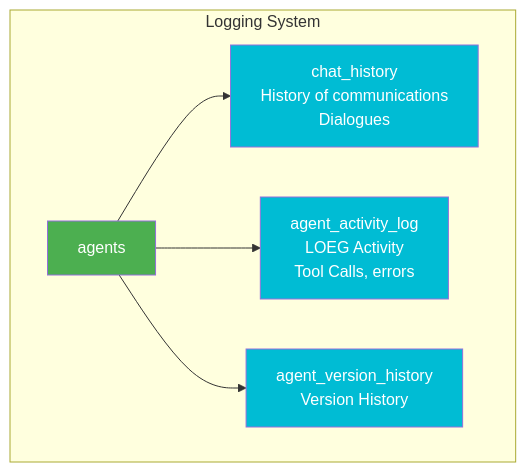
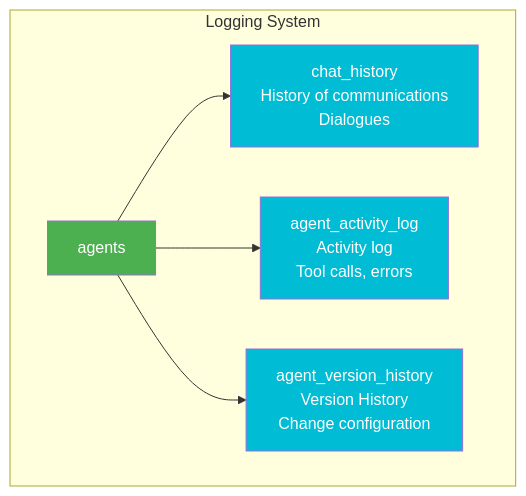
The fourth of 11 diagrams in components/office_services/central_database/DATABASE_DIAGRAM.md (Maxi-online/hr-intelligence-platform), drawn with Mermaid before and after one commit. The commit also changed other lines of this file and 11 other files, not shown here.

````diff
--- a/components/office_services/central_database/DATABASE_DIAGRAM.md
+++ b/components/office_services/central_database/DATABASE_DIAGRAM.md
@@ -388,18 +388,18 @@
 ```mermaid
 graph TB
     subgraph "Logging System"
         A[agents]
         CH[chat_history<br/>History of communications<br/>Dialogues]
-        AL[agent_activity_log<br/>LOEG Activity <br/>Tool Calls, errors]
-        VH[agent_version_history<br/> Version History<br/>]
+        AL[agent_activity_log<br/>Activity log<br/>Tool calls, errors]
+        VH[agent_version_history<br/>Version History<br/>Change configuration]
         
         A --> CH
         A --> AL
         A --> VH
     end
     
     style A fill:#4CAF50,color:#fff
     style CH fill:#00BCD4,color:#fff
     style AL fill:#00BCD4,color:#fff
     style VH fill:#00BCD4,color:#fff
 ```
````
